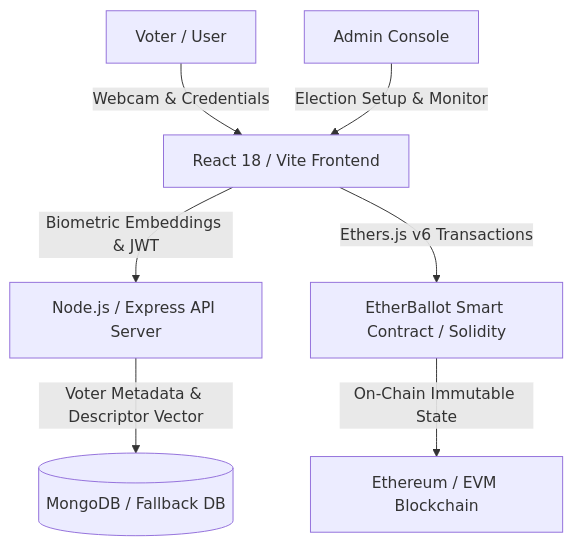
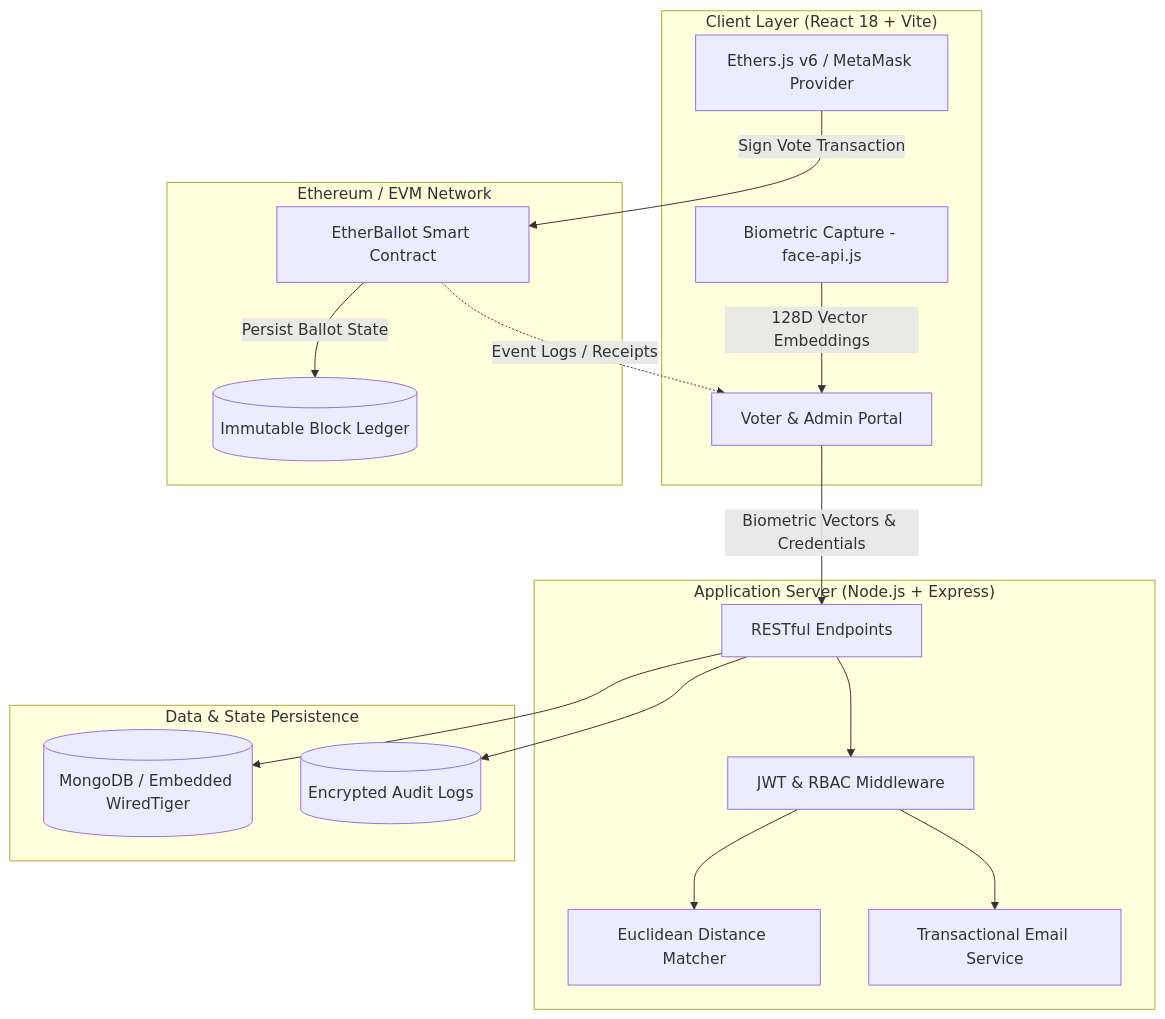
One commit to SHASHANKX11/-etherballot changed the first of 2 diagrams in README.md. Above: the diagram before and after it, drawn with Mermaid. The commit also changed other lines of this file, not shown here.

Commit message:
docs: enrich project overview, architecture, and quickstart in README

````diff
--- a/README.md
+++ b/README.md
@@ -23,9 +75,36 @@
 ```mermaid
-graph TD
-    A[Voter / User] -->|Webcam & Credentials| B[React 18 / Vite Frontend]
-    B -->|Biometric Embeddings & JWT| C[Node.js / Express API Server]
-    C -->|Voter Metadata & Descriptor Vector| D[(MongoDB / Fallback DB)]
-    B -->|Ethers.js v6 Transactions| E[EtherBallot Smart Contract / Solidity]
-    E -->|On-Chain Immutable State| F[Ethereum / EVM Blockchain]
-    G[Admin Console] -->|Election Setup & Monitor| B
+flowchart TD
+    subgraph Client ["Client Layer (React 18 + Vite)"]
+        UI[Voter & Admin Portal]
+        Face[Biometric Capture - face-api.js]
+        Web3[Ethers.js v6 / MetaMask Provider]
+    end
+
+    subgraph Server ["Application Server (Node.js + Express)"]
+        API[RESTful Endpoints]
+        Auth[JWT & RBAC Middleware]
+        BioVerify[Euclidean Distance Matcher]
+        Mail[Transactional Email Service]
+    end
+
+    subgraph Data ["Data & State Persistence"]
+        Mongo[(MongoDB / Embedded WiredTiger)]
+        Audit[(Encrypted Audit Logs)]
+    end
+
+    subgraph Blockchain ["Ethereum / EVM Network"]
+        Contract[EtherBallot Smart Contract]
+        Ledger[(Immutable Block Ledger)]
+    end
+
+    UI -->|Biometric Vectors & Credentials| API
+    Face -->|128D Vector Embeddings| UI
+    Web3 -->|Sign Vote Transaction| Contract
+    Contract -->|Persist Ballot State| Ledger
+    API --> Auth
+    Auth --> BioVerify
+    Auth --> Mail
+    API --> Mongo
+    API --> Audit
+    Contract -.->|Event Logs / Receipts| UI
 ```
````
